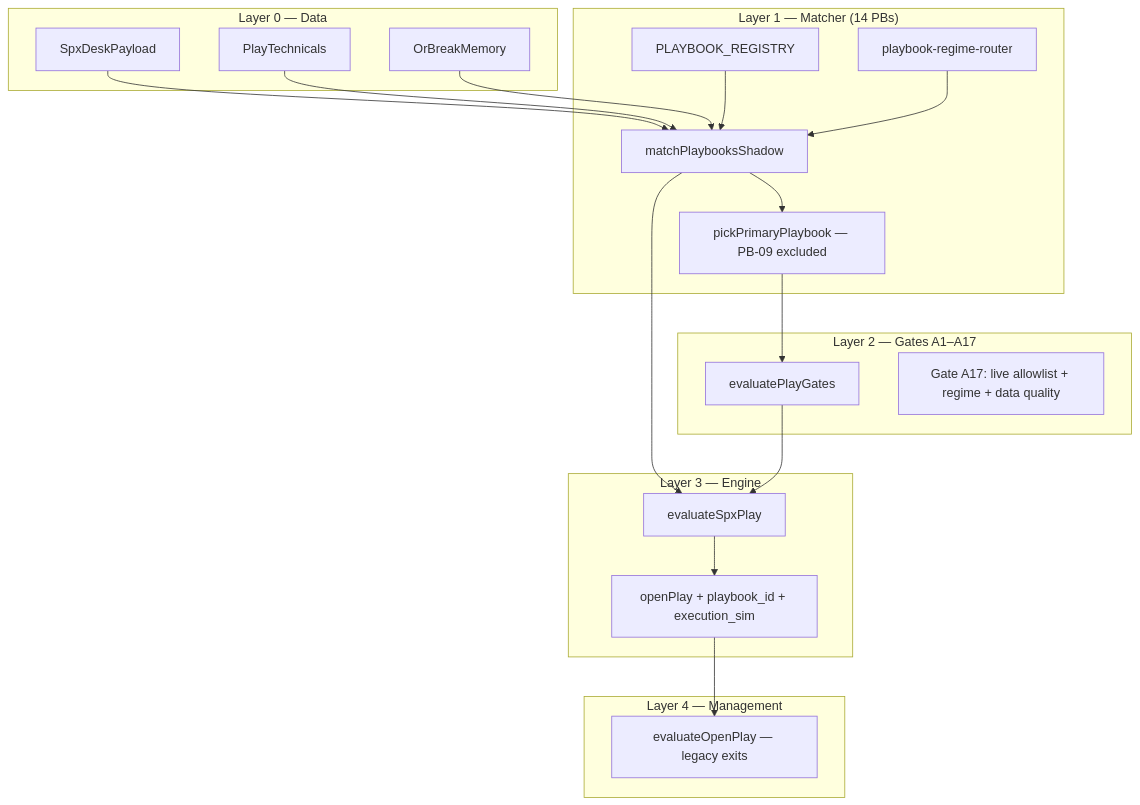
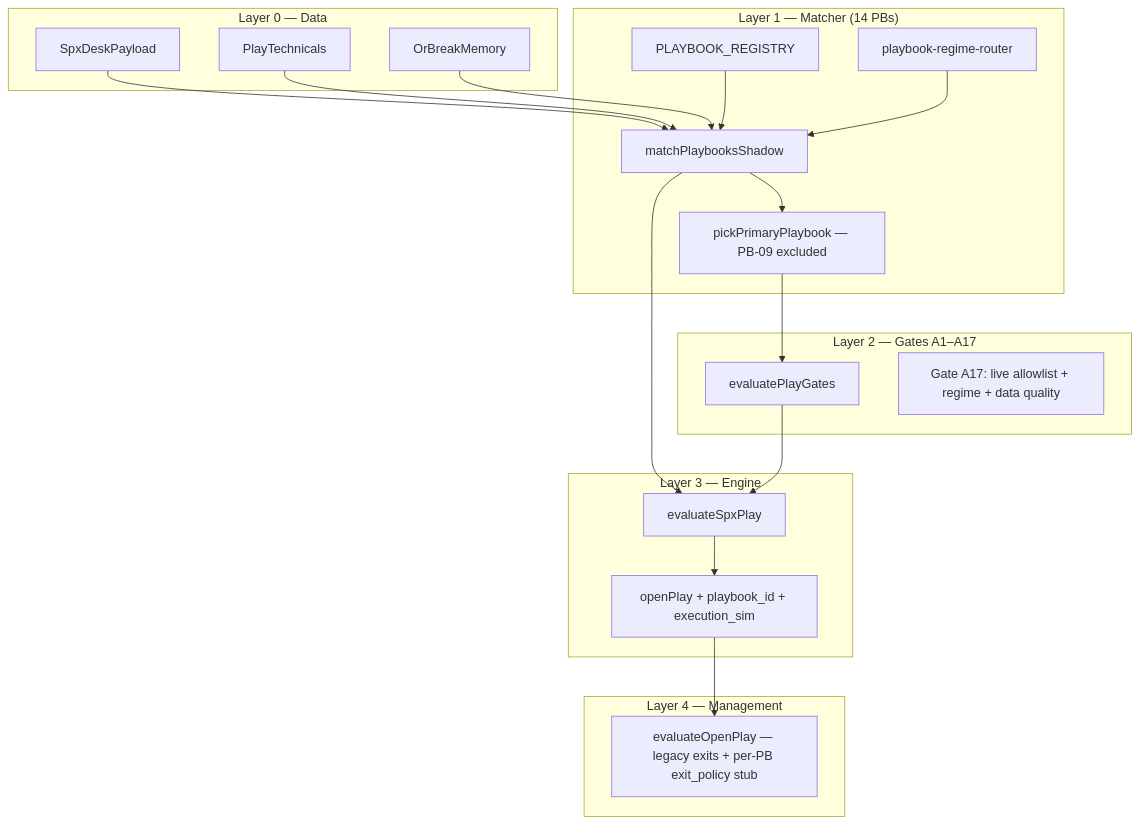
One commit to coreentryadmin-web/blackout-web-sandbox changed the diagram in docs/spx/PLAYBOOK-ARCHITECTURE-STATUS.md. Above: the diagram before and after it, drawn with Mermaid. The commit also changed other lines of this file and 13 other files, not shown here.

````diff
--- a/docs/spx/PLAYBOOK-ARCHITECTURE-STATUS.md
+++ b/docs/spx/PLAYBOOK-ARCHITECTURE-STATUS.md
@@ -55,41 +56,41 @@
 ```mermaid
 flowchart TD
   subgraph L0["Layer 0 — Data"]
     D[SpxDeskPayload]
     T[PlayTechnicals]
     M[OrBreakMemory]
   end
 
   subgraph L1["Layer 1 — Matcher (14 PBs)"]
     R[PLAYBOOK_REGISTRY]
     RM[playbook-regime-router]
     SM[matchPlaybooksShadow]
     PR[pickPrimaryPlaybook — PB-09 excluded]
   end
 
   subgraph L2["Layer 2 — Gates A1–A17"]
     G[evaluatePlayGates]
     A17[Gate A17: live allowlist + regime + data quality]
   end
 
   subgraph L3["Layer 3 — Engine"]
     E[evaluateSpxPlay]
     O[openPlay + playbook_id + execution_sim]
   end
 
   subgraph L4["Layer 4 — Management"]
-    X[evaluateOpenPlay — legacy exits]
+    X[evaluateOpenPlay — legacy exits + per-PB exit_policy stub]
   end
 
   D --> SM
   T --> SM
   M --> SM
   R --> SM
   RM --> SM
   SM --> PR
   PR --> G
   SM --> E
   G --> E
   E --> O
   O --> X
 ```
````
